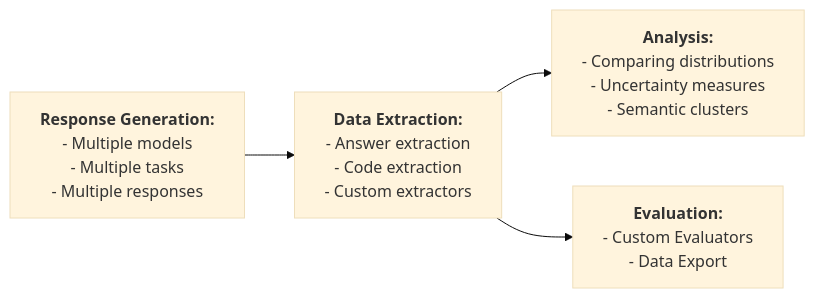
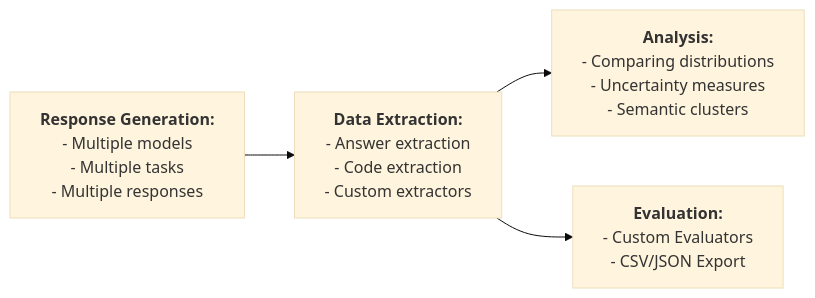
One commit to msv-lab/llm-play changed the diagram in README.md. Above: the diagram before and after it, drawn with Mermaid (base theme). The commit also changed other lines of this file and 1 other file, not shown here.

````diff
--- a/README.md
+++ b/README.md
@@ -5,17 +5,17 @@
 ```mermaid
 flowchart LR
     A["`**Response Generation:**
     - Multiple models
     - Multiple tasks
     - Multiple responses`"] --> B["`**Data Extraction:**
     - Answer extraction
     - Code extraction
     - Custom extractors`"]
     B --> C["`**Analysis:**
     - Comparing distributions
     - Uncertainty measures
     - Semantic clusters`"]
     B --> D["`**Evaluation:**
     - Custom Evaluators
-    - Data Export`"]
+    - CSV/JSON Export`"]
 ```
````
